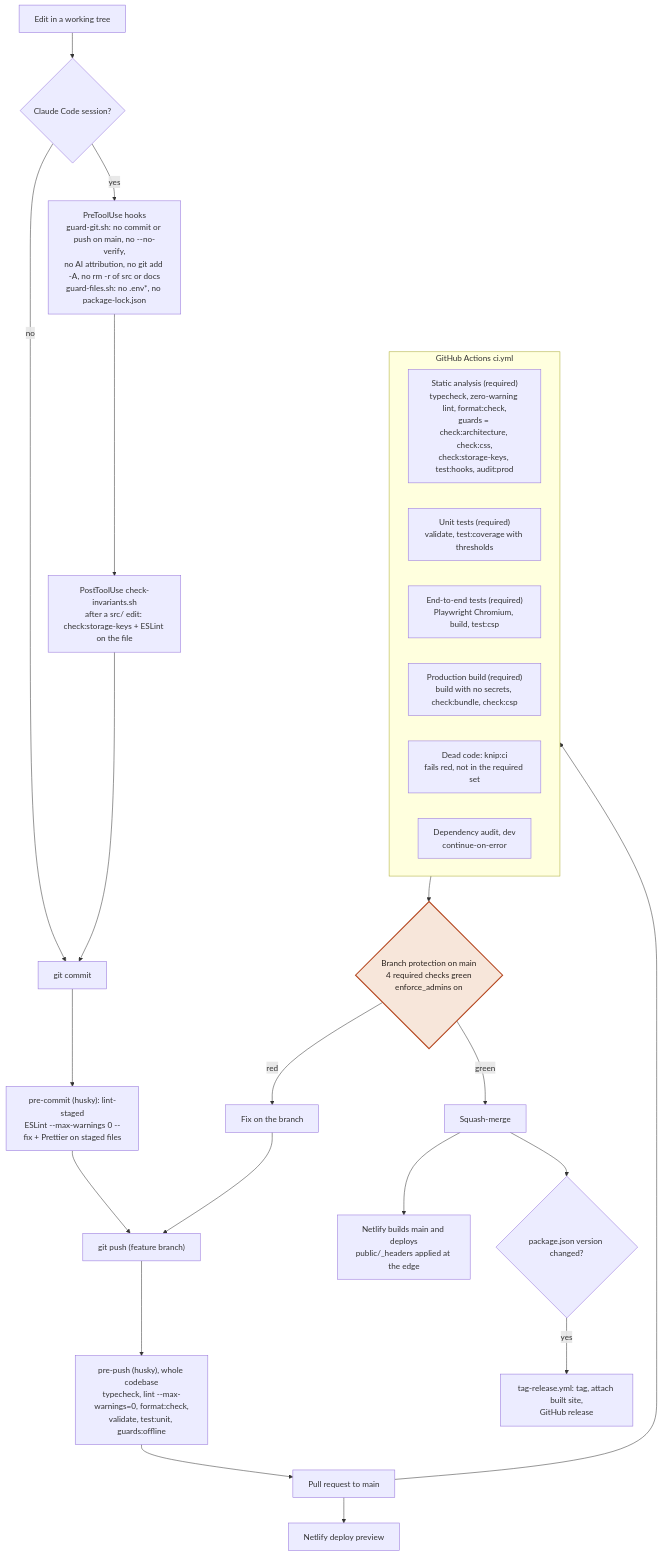
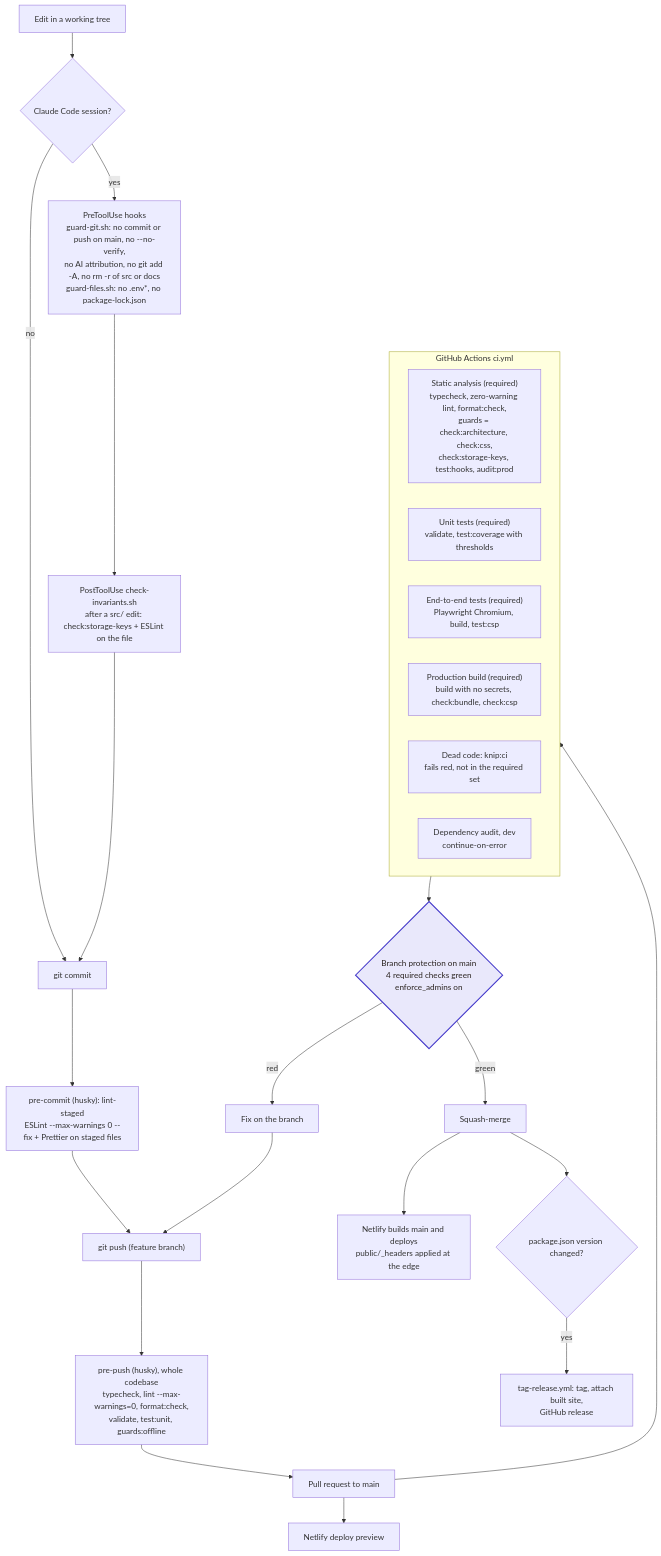
Before and after one commit to prangonsafayet/pruefungstrainer-deutsch: the diagram in docs/architecture/quality-gates.md, drawn with Mermaid. The commit also changed other lines of this file and 160 other files, not shown here.

````diff
--- a/docs/architecture/quality-gates.md
+++ b/docs/architecture/quality-gates.md
@@ -8,33 +8,33 @@
 ```mermaid
 flowchart TD
   edit["Edit in a working tree"] --> claude{"Claude Code session?"}
   claude -- yes --> pre["PreToolUse hooks<br/>guard-git.sh: no commit or push on main, no --no-verify,<br/>no AI attribution, no git add -A, no rm -r of src or docs<br/>guard-files.sh: no .env*, no package-lock.json"]
   pre --> post["PostToolUse check-invariants.sh<br/>after a src/ edit: check:storage-keys + ESLint on the file"]
   claude -- no --> commit
   post --> commit["git commit"]
   commit --> lintstaged["pre-commit (husky): lint-staged<br/>ESLint --max-warnings 0 --fix + Prettier on staged files"]
   lintstaged --> push["git push (feature branch)"]
   push --> prepush["pre-push (husky), whole codebase<br/>typecheck, lint --max-warnings=0, format:check,<br/>validate, test:unit, guards:offline"]
   prepush --> pr["Pull request to main"]
   pr --> ci
   pr --> preview["Netlify deploy preview"]
 
   subgraph ci["GitHub Actions ci.yml"]
     static["Static analysis (required)<br/>typecheck, zero-warning lint, format:check,<br/>guards = check:architecture, check:css,<br/>check:storage-keys, test:hooks, audit:prod"]
     unit["Unit tests (required)<br/>validate, test:coverage with thresholds"]
     e2e["End-to-end tests (required)<br/>Playwright Chromium, build, test:csp"]
     build["Production build (required)<br/>build with no secrets, check:bundle, check:csp"]
     dead["Dead code: knip:ci<br/>fails red, not in the required set"]
     audit["Dependency audit, dev<br/>continue-on-error"]
   end
 
   ci --> protect{"Branch protection on main<br/>4 required checks green<br/>enforce_admins on"}
   protect -- red --> fix["Fix on the branch"] --> push
   protect -- green --> merge["Squash-merge"]
   merge --> deploy["Netlify builds main and deploys<br/>public/_headers applied at the edge"]
   merge --> tag{"package.json version changed?"}
   tag -- yes --> release["tag-release.yml: tag, attach built site,<br/>GitHub release"]
 
-  classDef boundary fill:#f7e6da,stroke:#b4441c,stroke-width:2px,color:#2b2420
+  classDef boundary fill:#e9e8fb,stroke:#4338ca,stroke-width:2px,color:#2b2420
   class protect boundary
 ```
````
